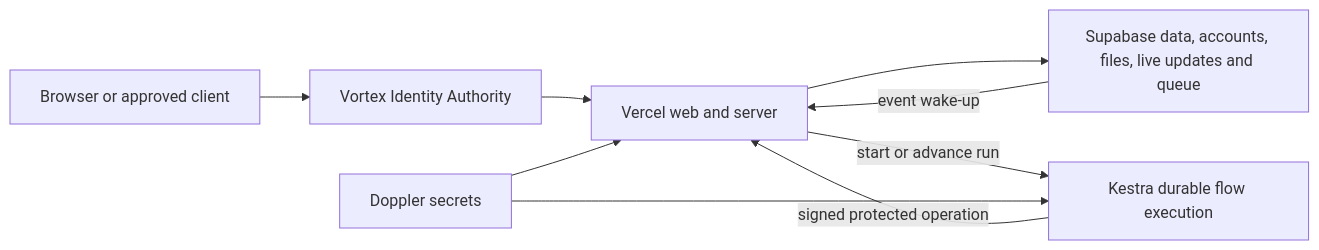
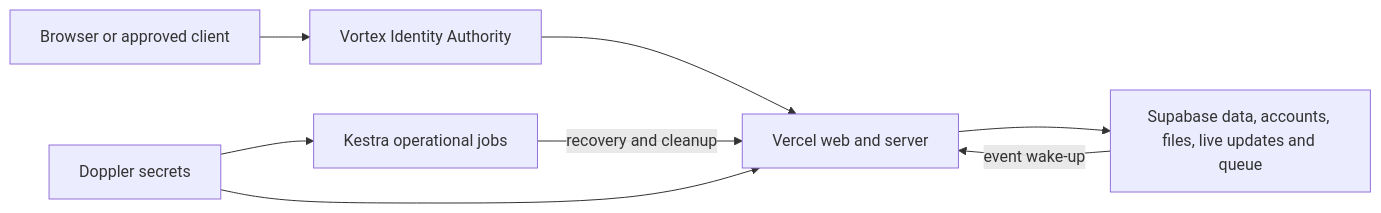
One commit to Abzum-NZ/Abzum-Vortex changed the first of 8 diagrams in docs/specification/17-runtime-storage-and-caching.md. Above: the diagram before and after it, drawn with Mermaid. The commit also changed other lines of this file, not shown here.

Commit message:
Correct durable workflow hosting description

````diff
--- a/docs/specification/17-runtime-storage-and-caching.md
+++ b/docs/specification/17-runtime-storage-and-caching.md
@@ -25,11 +25,10 @@
 ```mermaid
 flowchart LR
     PERSON[Browser or approved client] --> IDP[Vortex Identity Authority]
     IDP --> VERCEL[Vercel web and server]
     VERCEL --> SUPA[Supabase data, accounts, files, live updates and queue]
     SUPA -->|event wake-up| VERCEL
-    VERCEL -->|start or advance run| KESTRA[Kestra durable flow execution]
-    KESTRA -->|signed protected operation| VERCEL
+    KESTRA[Kestra operational jobs] -->|recovery and cleanup| VERCEL
     DOPPLER[Doppler secrets] --> VERCEL
     DOPPLER --> KESTRA
 ```
````
